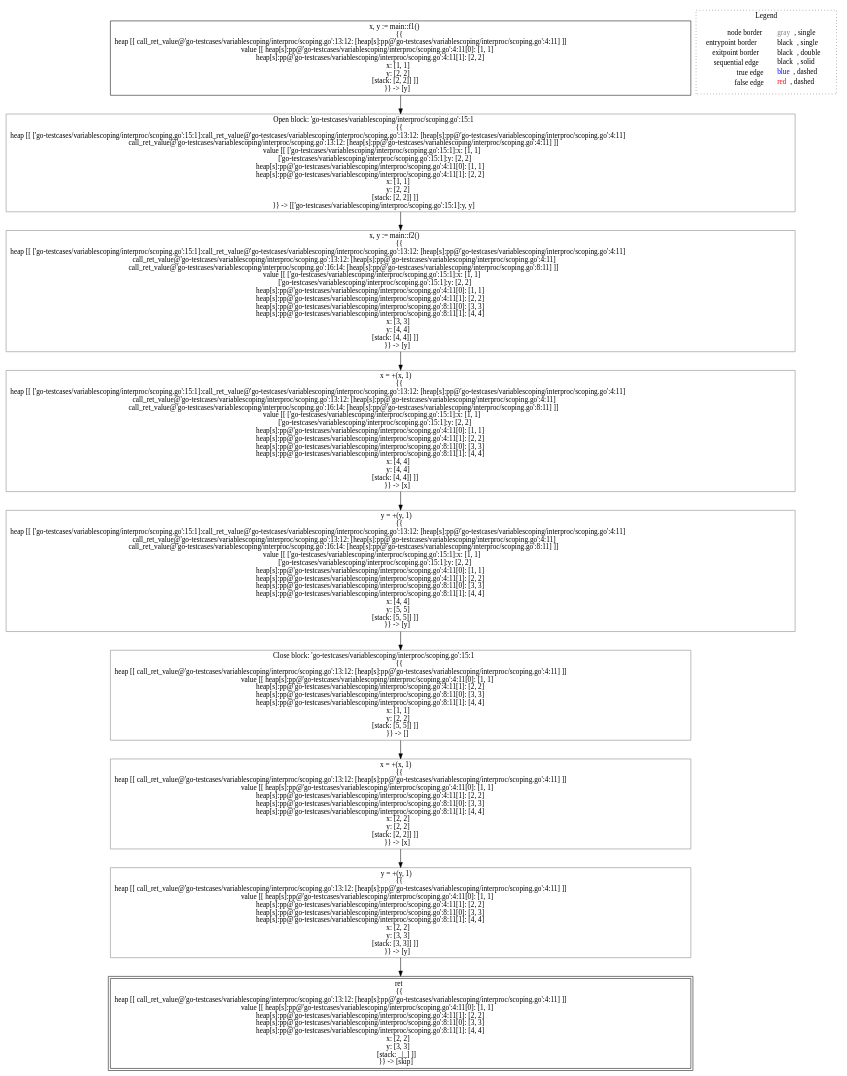
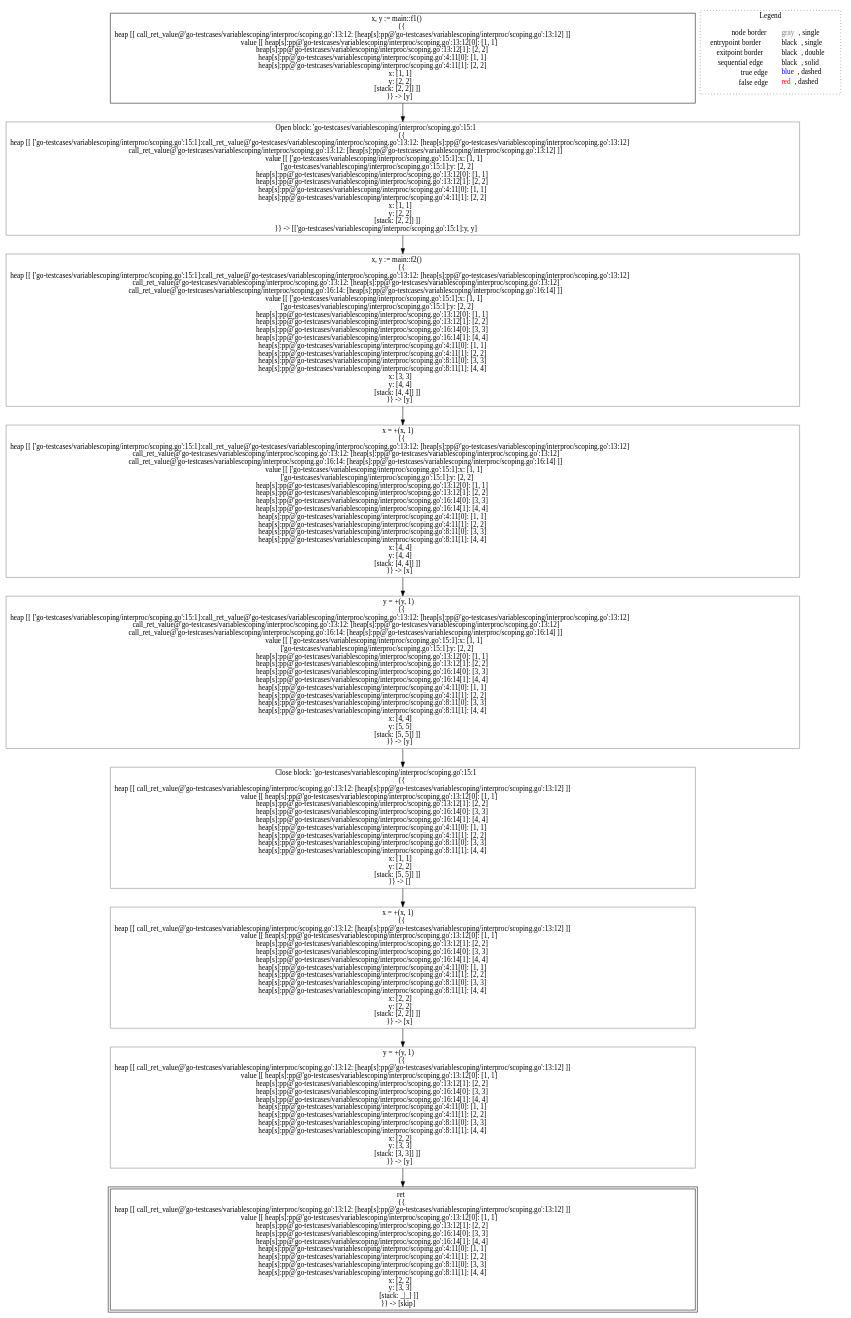
Before and after one commit to lisa-analyzer/go-lisa: the diagram in go-lisa/go-testcases/variablescoping/interproc/analysis___untyped_main.main().dot, drawn with Graphviz. The commit also changed 15 other files, not shown here.

```diff
--- a/go-lisa/go-testcases/variablescoping/interproc/analysis___untyped_main.main().dot
+++ b/go-lisa/go-testcases/variablescoping/interproc/analysis___untyped_main.main().dot
@@ -1,20 +1,20 @@
 digraph {
-	"node0" [shape="rect",color="black",label=<x, y := main::f1()<BR/>{{<BR/>heap [[ call_ret_value@'go-testcases/variablescoping/interproc/scoping.go':13:12: [heap[s]:pp@'go-testcases/variablescoping/interproc/scoping.go':4:11] ]]<BR/>value [[ heap[s]:pp@'go-testcases/variablescoping/interproc/scoping.go':4:11[0]: [1, 1]<BR/>heap[s]:pp@'go-testcases/variablescoping/interproc/scoping.go':4:11[1]: [2, 2]<BR/>x: [1, 1]<BR/>y: [2, 2]<BR/>[stack: [2, 2]] ]]<BR/>}} -&gt; [y]>];
-	"node1" [shape="rect",color="gray",label=<Open block: 'go-testcases/variablescoping/interproc/scoping.go':15:1<BR/>{{<BR/>heap [[ ['go-testcases/variablescoping/interproc/scoping.go':15:1]:call_ret_value@'go-testcases/variablescoping/interproc/scoping.go':13:12: [heap[s]:pp@'go-testcases/variablescoping/interproc/scoping.go':4:11]<BR/>call_ret_value@'go-testcases/variablescoping/interproc/scoping.go':13:12: [heap[s]:pp@'go-testcases/variablescoping/interproc/scoping.go':4:11] ]]<BR/>value [[ ['go-testcases/variablescoping/interproc/scoping.go':15:1]:x: [1, 1]<BR/>['go-testcases/variablescoping/interproc/scoping.go':15:1]:y: [2, 2]<BR/>heap[s]:pp@'go-testcases/variablescoping/interproc/scoping.go':4:11[0]: [1, 1]<BR/>heap[s]:pp@'go-testcases/variablescoping/interproc/scoping.go':4:11[1]: [2, 2]<BR/>x: [1, 1]<BR/>y: [2, 2]<BR/>[stack: [2, 2]] ]]<BR/>}} -&gt; [['go-testcases/variablescoping/interproc/scoping.go':15:1]:y, y]>];
-	"node2" [shape="rect",color="gray",label=<y = +(y, 1)<BR/>{{<BR/>heap [[ call_ret_value@'go-testcases/variablescoping/interproc/scoping.go':13:12: [heap[s]:pp@'go-testcases/variablescoping/interproc/scoping.go':4:11] ]]<BR/>value [[ heap[s]:pp@'go-testcases/variablescoping/interproc/scoping.go':4:11[0]: [1, 1]<BR/>heap[s]:pp@'go-testcases/variablescoping/interproc/scoping.go':4:11[1]: [2, 2]<BR/>heap[s]:pp@'go-testcases/variablescoping/interproc/scoping.go':8:11[0]: [3, 3]<BR/>heap[s]:pp@'go-testcases/variablescoping/interproc/scoping.go':8:11[1]: [4, 4]<BR/>x: [2, 2]<BR/>y: [3, 3]<BR/>[stack: [3, 3]] ]]<BR/>}} -&gt; [y]>];
-	"node3" [shape="rect",color="gray",label=<x, y := main::f2()<BR/>{{<BR/>heap [[ ['go-testcases/variablescoping/interproc/scoping.go':15:1]:call_ret_value@'go-testcases/variablescoping/interproc/scoping.go':13:12: [heap[s]:pp@'go-testcases/variablescoping/interproc/scoping.go':4:11]<BR/>call_ret_value@'go-testcases/variablescoping/interproc/scoping.go':13:12: [heap[s]:pp@'go-testcases/variablescoping/interproc/scoping.go':4:11]<BR/>call_ret_value@'go-testcases/variablescoping/interproc/scoping.go':16:14: [heap[s]:pp@'go-testcases/variablescoping/interproc/scoping.go':8:11] ]]<BR/>value [[ ['go-testcases/variablescoping/interproc/scoping.go':15:1]:x: [1, 1]<BR/>['go-testcases/variablescoping/interproc/scoping.go':15:1]:y: [2, 2]<BR/>heap[s]:pp@'go-testcases/variablescoping/interproc/scoping.go':4:11[0]: [1, 1]<BR/>heap[s]:pp@'go-testcases/variablescoping/interproc/scoping.go':4:11[1]: [2, 2]<BR/>heap[s]:pp@'go-testcases/variablescoping/interproc/scoping.go':8:11[0]: [3, 3]<BR/>heap[s]:pp@'go-testcases/variablescoping/interproc/scoping.go':8:11[1]: [4, 4]<BR/>x: [3, 3]<BR/>y: [4, 4]<BR/>[stack: [4, 4]] ]]<BR/>}} -&gt; [y]>];
-	"node4" [shape="rect",color="gray",label=<Close block: 'go-testcases/variablescoping/interproc/scoping.go':15:1<BR/>{{<BR/>heap [[ call_ret_value@'go-testcases/variablescoping/interproc/scoping.go':13:12: [heap[s]:pp@'go-testcases/variablescoping/interproc/scoping.go':4:11] ]]<BR/>value [[ heap[s]:pp@'go-testcases/variablescoping/interproc/scoping.go':4:11[0]: [1, 1]<BR/>heap[s]:pp@'go-testcases/variablescoping/interproc/scoping.go':4:11[1]: [2, 2]<BR/>heap[s]:pp@'go-testcases/variablescoping/interproc/scoping.go':8:11[0]: [3, 3]<BR/>heap[s]:pp@'go-testcases/variablescoping/interproc/scoping.go':8:11[1]: [4, 4]<BR/>x: [1, 1]<BR/>y: [2, 2]<BR/>[stack: [5, 5]] ]]<BR/>}} -&gt; []>];
-	"node5" [shape="rect",color="black",peripheries="2",label=<ret<BR/>{{<BR/>heap [[ call_ret_value@'go-testcases/variablescoping/interproc/scoping.go':13:12: [heap[s]:pp@'go-testcases/variablescoping/interproc/scoping.go':4:11] ]]<BR/>value [[ heap[s]:pp@'go-testcases/variablescoping/interproc/scoping.go':4:11[0]: [1, 1]<BR/>heap[s]:pp@'go-testcases/variablescoping/interproc/scoping.go':4:11[1]: [2, 2]<BR/>heap[s]:pp@'go-testcases/variablescoping/interproc/scoping.go':8:11[0]: [3, 3]<BR/>heap[s]:pp@'go-testcases/variablescoping/interproc/scoping.go':8:11[1]: [4, 4]<BR/>x: [2, 2]<BR/>y: [3, 3]<BR/>[stack: _|_] ]]<BR/>}} -&gt; [skip]>];
-	"node6" [shape="rect",color="gray",label=<x = +(x, 1)<BR/>{{<BR/>heap [[ call_ret_value@'go-testcases/variablescoping/interproc/scoping.go':13:12: [heap[s]:pp@'go-testcases/variablescoping/interproc/scoping.go':4:11] ]]<BR/>value [[ heap[s]:pp@'go-testcases/variablescoping/interproc/scoping.go':4:11[0]: [1, 1]<BR/>heap[s]:pp@'go-testcases/variablescoping/interproc/scoping.go':4:11[1]: [2, 2]<BR/>heap[s]:pp@'go-testcases/variablescoping/interproc/scoping.go':8:11[0]: [3, 3]<BR/>heap[s]:pp@'go-testcases/variablescoping/interproc/scoping.go':8:11[1]: [4, 4]<BR/>x: [2, 2]<BR/>y: [2, 2]<BR/>[stack: [2, 2]] ]]<BR/>}} -&gt; [x]>];
-	"node7" [shape="rect",color="gray",label=<y = +(y, 1)<BR/>{{<BR/>heap [[ ['go-testcases/variablescoping/interproc/scoping.go':15:1]:call_ret_value@'go-testcases/variablescoping/interproc/scoping.go':13:12: [heap[s]:pp@'go-testcases/variablescoping/interproc/scoping.go':4:11]<BR/>call_ret_value@'go-testcases/variablescoping/interproc/scoping.go':13:12: [heap[s]:pp@'go-testcases/variablescoping/interproc/scoping.go':4:11]<BR/>call_ret_value@'go-testcases/variablescoping/interproc/scoping.go':16:14: [heap[s]:pp@'go-testcases/variablescoping/interproc/scoping.go':8:11] ]]<BR/>value [[ ['go-testcases/variablescoping/interproc/scoping.go':15:1]:x: [1, 1]<BR/>['go-testcases/variablescoping/interproc/scoping.go':15:1]:y: [2, 2]<BR/>heap[s]:pp@'go-testcases/variablescoping/interproc/scoping.go':4:11[0]: [1, 1]<BR/>heap[s]:pp@'go-testcases/variablescoping/interproc/scoping.go':4:11[1]: [2, 2]<BR/>heap[s]:pp@'go-testcases/variablescoping/interproc/scoping.go':8:11[0]: [3, 3]<BR/>heap[s]:pp@'go-testcases/variablescoping/interproc/scoping.go':8:11[1]: [4, 4]<BR/>x: [4, 4]<BR/>y: [5, 5]<BR/>[stack: [5, 5]] ]]<BR/>}} -&gt; [y]>];
-	"node8" [shape="rect",color="gray",label=<x = +(x, 1)<BR/>{{<BR/>heap [[ ['go-testcases/variablescoping/interproc/scoping.go':15:1]:call_ret_value@'go-testcases/variablescoping/interproc/scoping.go':13:12: [heap[s]:pp@'go-testcases/variablescoping/interproc/scoping.go':4:11]<BR/>call_ret_value@'go-testcases/variablescoping/interproc/scoping.go':13:12: [heap[s]:pp@'go-testcases/variablescoping/interproc/scoping.go':4:11]<BR/>call_ret_value@'go-testcases/variablescoping/interproc/scoping.go':16:14: [heap[s]:pp@'go-testcases/variablescoping/interproc/scoping.go':8:11] ]]<BR/>value [[ ['go-testcases/variablescoping/interproc/scoping.go':15:1]:x: [1, 1]<BR/>['go-testcases/variablescoping/interproc/scoping.go':15:1]:y: [2, 2]<BR/>heap[s]:pp@'go-testcases/variablescoping/interproc/scoping.go':4:11[0]: [1, 1]<BR/>heap[s]:pp@'go-testcases/variablescoping/interproc/scoping.go':4:11[1]: [2, 2]<BR/>heap[s]:pp@'go-testcases/variablescoping/interproc/scoping.go':8:11[0]: [3, 3]<BR/>heap[s]:pp@'go-testcases/variablescoping/interproc/scoping.go':8:11[1]: [4, 4]<BR/>x: [4, 4]<BR/>y: [4, 4]<BR/>[stack: [4, 4]] ]]<BR/>}} -&gt; [x]>];
-	"node1" -> "node3" [color="black"];
+	"node0" [shape="rect",color="black",label=<x, y := main::f1()<BR/>{{<BR/>heap [[ call_ret_value@'go-testcases/variablescoping/interproc/scoping.go':13:12: [heap[s]:pp@'go-testcases/variablescoping/interproc/scoping.go':13:12] ]]<BR/>value [[ heap[s]:pp@'go-testcases/variablescoping/interproc/scoping.go':13:12[0]: [1, 1]<BR/>heap[s]:pp@'go-testcases/variablescoping/interproc/scoping.go':13:12[1]: [2, 2]<BR/>heap[s]:pp@'go-testcases/variablescoping/interproc/scoping.go':4:11[0]: [1, 1]<BR/>heap[s]:pp@'go-testcases/variablescoping/interproc/scoping.go':4:11[1]: [2, 2]<BR/>x: [1, 1]<BR/>y: [2, 2]<BR/>[stack: [2, 2]] ]]<BR/>}} -&gt; [y]>];
+	"node1" [shape="rect",color="gray",label=<Open block: 'go-testcases/variablescoping/interproc/scoping.go':15:1<BR/>{{<BR/>heap [[ ['go-testcases/variablescoping/interproc/scoping.go':15:1]:call_ret_value@'go-testcases/variablescoping/interproc/scoping.go':13:12: [heap[s]:pp@'go-testcases/variablescoping/interproc/scoping.go':13:12]<BR/>call_ret_value@'go-testcases/variablescoping/interproc/scoping.go':13:12: [heap[s]:pp@'go-testcases/variablescoping/interproc/scoping.go':13:12] ]]<BR/>value [[ ['go-testcases/variablescoping/interproc/scoping.go':15:1]:x: [1, 1]<BR/>['go-testcases/variablescoping/interproc/scoping.go':15:1]:y: [2, 2]<BR/>heap[s]:pp@'go-testcases/variablescoping/interproc/scoping.go':13:12[0]: [1, 1]<BR/>heap[s]:pp@'go-testcases/variablescoping/interproc/scoping.go':13:12[1]: [2, 2]<BR/>heap[s]:pp@'go-testcases/variablescoping/interproc/scoping.go':4:11[0]: [1, 1]<BR/>heap[s]:pp@'go-testcases/variablescoping/interproc/scoping.go':4:11[1]: [2, 2]<BR/>x: [1, 1]<BR/>y: [2, 2]<BR/>[stack: [2, 2]] ]]<BR/>}} -&gt; [['go-testcases/variablescoping/interproc/scoping.go':15:1]:y, y]>];
+	"node2" [shape="rect",color="gray",label=<y = +(y, 1)<BR/>{{<BR/>heap [[ call_ret_value@'go-testcases/variablescoping/interproc/scoping.go':13:12: [heap[s]:pp@'go-testcases/variablescoping/interproc/scoping.go':13:12] ]]<BR/>value [[ heap[s]:pp@'go-testcases/variablescoping/interproc/scoping.go':13:12[0]: [1, 1]<BR/>heap[s]:pp@'go-testcases/variablescoping/interproc/scoping.go':13:12[1]: [2, 2]<BR/>heap[s]:pp@'go-testcases/variablescoping/interproc/scoping.go':16:14[0]: [3, 3]<BR/>heap[s]:pp@'go-testcases/variablescoping/interproc/scoping.go':16:14[1]: [4, 4]<BR/>heap[s]:pp@'go-testcases/variablescoping/interproc/scoping.go':4:11[0]: [1, 1]<BR/>heap[s]:pp@'go-testcases/variablescoping/interproc/scoping.go':4:11[1]: [2, 2]<BR/>heap[s]:pp@'go-testcases/variablescoping/interproc/scoping.go':8:11[0]: [3, 3]<BR/>heap[s]:pp@'go-testcases/variablescoping/interproc/scoping.go':8:11[1]: [4, 4]<BR/>x: [2, 2]<BR/>y: [3, 3]<BR/>[stack: [3, 3]] ]]<BR/>}} -&gt; [y]>];
+	"node3" [shape="rect",color="gray",label=<y = +(y, 1)<BR/>{{<BR/>heap [[ ['go-testcases/variablescoping/interproc/scoping.go':15:1]:call_ret_value@'go-testcases/variablescoping/interproc/scoping.go':13:12: [heap[s]:pp@'go-testcases/variablescoping/interproc/scoping.go':13:12]<BR/>call_ret_value@'go-testcases/variablescoping/interproc/scoping.go':13:12: [heap[s]:pp@'go-testcases/variablescoping/interproc/scoping.go':13:12]<BR/>call_ret_value@'go-testcases/variablescoping/interproc/scoping.go':16:14: [heap[s]:pp@'go-testcases/variablescoping/interproc/scoping.go':16:14] ]]<BR/>value [[ ['go-testcases/variablescoping/interproc/scoping.go':15:1]:x: [1, 1]<BR/>['go-testcases/variablescoping/interproc/scoping.go':15:1]:y: [2, 2]<BR/>heap[s]:pp@'go-testcases/variablescoping/interproc/scoping.go':13:12[0]: [1, 1]<BR/>heap[s]:pp@'go-testcases/variablescoping/interproc/scoping.go':13:12[1]: [2, 2]<BR/>heap[s]:pp@'go-testcases/variablescoping/interproc/scoping.go':16:14[0]: [3, 3]<BR/>heap[s]:pp@'go-testcases/variablescoping/interproc/scoping.go':16:14[1]: [4, 4]<BR/>heap[s]:pp@'go-testcases/variablescoping/interproc/scoping.go':4:11[0]: [1, 1]<BR/>heap[s]:pp@'go-testcases/variablescoping/interproc/scoping.go':4:11[1]: [2, 2]<BR/>heap[s]:pp@'go-testcases/variablescoping/interproc/scoping.go':8:11[0]: [3, 3]<BR/>heap[s]:pp@'go-testcases/variablescoping/interproc/scoping.go':8:11[1]: [4, 4]<BR/>x: [4, 4]<BR/>y: [5, 5]<BR/>[stack: [5, 5]] ]]<BR/>}} -&gt; [y]>];
+	"node4" [shape="rect",color="gray",label=<Close block: 'go-testcases/variablescoping/interproc/scoping.go':15:1<BR/>{{<BR/>heap [[ call_ret_value@'go-testcases/variablescoping/interproc/scoping.go':13:12: [heap[s]:pp@'go-testcases/variablescoping/interproc/scoping.go':13:12] ]]<BR/>value [[ heap[s]:pp@'go-testcases/variablescoping/interproc/scoping.go':13:12[0]: [1, 1]<BR/>heap[s]:pp@'go-testcases/variablescoping/interproc/scoping.go':13:12[1]: [2, 2]<BR/>heap[s]:pp@'go-testcases/variablescoping/interproc/scoping.go':16:14[0]: [3, 3]<BR/>heap[s]:pp@'go-testcases/variablescoping/interproc/scoping.go':16:14[1]: [4, 4]<BR/>heap[s]:pp@'go-testcases/variablescoping/interproc/scoping.go':4:11[0]: [1, 1]<BR/>heap[s]:pp@'go-testcases/variablescoping/interproc/scoping.go':4:11[1]: [2, 2]<BR/>heap[s]:pp@'go-testcases/variablescoping/interproc/scoping.go':8:11[0]: [3, 3]<BR/>heap[s]:pp@'go-testcases/variablescoping/interproc/scoping.go':8:11[1]: [4, 4]<BR/>x: [1, 1]<BR/>y: [2, 2]<BR/>[stack: [5, 5]] ]]<BR/>}} -&gt; []>];
+	"node5" [shape="rect",color="black",peripheries="2",label=<ret<BR/>{{<BR/>heap [[ call_ret_value@'go-testcases/variablescoping/interproc/scoping.go':13:12: [heap[s]:pp@'go-testcases/variablescoping/interproc/scoping.go':13:12] ]]<BR/>value [[ heap[s]:pp@'go-testcases/variablescoping/interproc/scoping.go':13:12[0]: [1, 1]<BR/>heap[s]:pp@'go-testcases/variablescoping/interproc/scoping.go':13:12[1]: [2, 2]<BR/>heap[s]:pp@'go-testcases/variablescoping/interproc/scoping.go':16:14[0]: [3, 3]<BR/>heap[s]:pp@'go-testcases/variablescoping/interproc/scoping.go':16:14[1]: [4, 4]<BR/>heap[s]:pp@'go-testcases/variablescoping/interproc/scoping.go':4:11[0]: [1, 1]<BR/>heap[s]:pp@'go-testcases/variablescoping/interproc/scoping.go':4:11[1]: [2, 2]<BR/>heap[s]:pp@'go-testcases/variablescoping/interproc/scoping.go':8:11[0]: [3, 3]<BR/>heap[s]:pp@'go-testcases/variablescoping/interproc/scoping.go':8:11[1]: [4, 4]<BR/>x: [2, 2]<BR/>y: [3, 3]<BR/>[stack: _|_] ]]<BR/>}} -&gt; [skip]>];
+	"node6" [shape="rect",color="gray",label=<x = +(x, 1)<BR/>{{<BR/>heap [[ call_ret_value@'go-testcases/variablescoping/interproc/scoping.go':13:12: [heap[s]:pp@'go-testcases/variablescoping/interproc/scoping.go':13:12] ]]<BR/>value [[ heap[s]:pp@'go-testcases/variablescoping/interproc/scoping.go':13:12[0]: [1, 1]<BR/>heap[s]:pp@'go-testcases/variablescoping/interproc/scoping.go':13:12[1]: [2, 2]<BR/>heap[s]:pp@'go-testcases/variablescoping/interproc/scoping.go':16:14[0]: [3, 3]<BR/>heap[s]:pp@'go-testcases/variablescoping/interproc/scoping.go':16:14[1]: [4, 4]<BR/>heap[s]:pp@'go-testcases/variablescoping/interproc/scoping.go':4:11[0]: [1, 1]<BR/>heap[s]:pp@'go-testcases/variablescoping/interproc/scoping.go':4:11[1]: [2, 2]<BR/>heap[s]:pp@'go-testcases/variablescoping/interproc/scoping.go':8:11[0]: [3, 3]<BR/>heap[s]:pp@'go-testcases/variablescoping/interproc/scoping.go':8:11[1]: [4, 4]<BR/>x: [2, 2]<BR/>y: [2, 2]<BR/>[stack: [2, 2]] ]]<BR/>}} -&gt; [x]>];
+	"node7" [shape="rect",color="gray",label=<x = +(x, 1)<BR/>{{<BR/>heap [[ ['go-testcases/variablescoping/interproc/scoping.go':15:1]:call_ret_value@'go-testcases/variablescoping/interproc/scoping.go':13:12: [heap[s]:pp@'go-testcases/variablescoping/interproc/scoping.go':13:12]<BR/>call_ret_value@'go-testcases/variablescoping/interproc/scoping.go':13:12: [heap[s]:pp@'go-testcases/variablescoping/interproc/scoping.go':13:12]<BR/>call_ret_value@'go-testcases/variablescoping/interproc/scoping.go':16:14: [heap[s]:pp@'go-testcases/variablescoping/interproc/scoping.go':16:14] ]]<BR/>value [[ ['go-testcases/variablescoping/interproc/scoping.go':15:1]:x: [1, 1]<BR/>['go-testcases/variablescoping/interproc/scoping.go':15:1]:y: [2, 2]<BR/>heap[s]:pp@'go-testcases/variablescoping/interproc/scoping.go':13:12[0]: [1, 1]<BR/>heap[s]:pp@'go-testcases/variablescoping/interproc/scoping.go':13:12[1]: [2, 2]<BR/>heap[s]:pp@'go-testcases/variablescoping/interproc/scoping.go':16:14[0]: [3, 3]<BR/>heap[s]:pp@'go-testcases/variablescoping/interproc/scoping.go':16:14[1]: [4, 4]<BR/>heap[s]:pp@'go-testcases/variablescoping/interproc/scoping.go':4:11[0]: [1, 1]<BR/>heap[s]:pp@'go-testcases/variablescoping/interproc/scoping.go':4:11[1]: [2, 2]<BR/>heap[s]:pp@'go-testcases/variablescoping/interproc/scoping.go':8:11[0]: [3, 3]<BR/>heap[s]:pp@'go-testcases/variablescoping/interproc/scoping.go':8:11[1]: [4, 4]<BR/>x: [4, 4]<BR/>y: [4, 4]<BR/>[stack: [4, 4]] ]]<BR/>}} -&gt; [x]>];
+	"node8" [shape="rect",color="gray",label=<x, y := main::f2()<BR/>{{<BR/>heap [[ ['go-testcases/variablescoping/interproc/scoping.go':15:1]:call_ret_value@'go-testcases/variablescoping/interproc/scoping.go':13:12: [heap[s]:pp@'go-testcases/variablescoping/interproc/scoping.go':13:12]<BR/>call_ret_value@'go-testcases/variablescoping/interproc/scoping.go':13:12: [heap[s]:pp@'go-testcases/variablescoping/interproc/scoping.go':13:12]<BR/>call_ret_value@'go-testcases/variablescoping/interproc/scoping.go':16:14: [heap[s]:pp@'go-testcases/variablescoping/interproc/scoping.go':16:14] ]]<BR/>value [[ ['go-testcases/variablescoping/interproc/scoping.go':15:1]:x: [1, 1]<BR/>['go-testcases/variablescoping/interproc/scoping.go':15:1]:y: [2, 2]<BR/>heap[s]:pp@'go-testcases/variablescoping/interproc/scoping.go':13:12[0]: [1, 1]<BR/>heap[s]:pp@'go-testcases/variablescoping/interproc/scoping.go':13:12[1]: [2, 2]<BR/>heap[s]:pp@'go-testcases/variablescoping/interproc/scoping.go':16:14[0]: [3, 3]<BR/>heap[s]:pp@'go-testcases/variablescoping/interproc/scoping.go':16:14[1]: [4, 4]<BR/>heap[s]:pp@'go-testcases/variablescoping/interproc/scoping.go':4:11[0]: [1, 1]<BR/>heap[s]:pp@'go-testcases/variablescoping/interproc/scoping.go':4:11[1]: [2, 2]<BR/>heap[s]:pp@'go-testcases/variablescoping/interproc/scoping.go':8:11[0]: [3, 3]<BR/>heap[s]:pp@'go-testcases/variablescoping/interproc/scoping.go':8:11[1]: [4, 4]<BR/>x: [3, 3]<BR/>y: [4, 4]<BR/>[stack: [4, 4]] ]]<BR/>}} -&gt; [y]>];
+	"node1" -> "node8" [color="black"];
 	"node2" -> "node5" [color="black"];
+	"node3" -> "node4" [color="black"];
+	"node4" -> "node6" [color="black"];
 	"node0" -> "node1" [color="black"];
-	"node3" -> "node8" [color="black"];
-	"node4" -> "node6" [color="black"];
 	"node6" -> "node2" [color="black"];
-	"node7" -> "node4" [color="black"];
+	"node7" -> "node3" [color="black"];
 	"node8" -> "node7" [color="black"];
 subgraph cluster_legend {
 	label="Legend";
```
